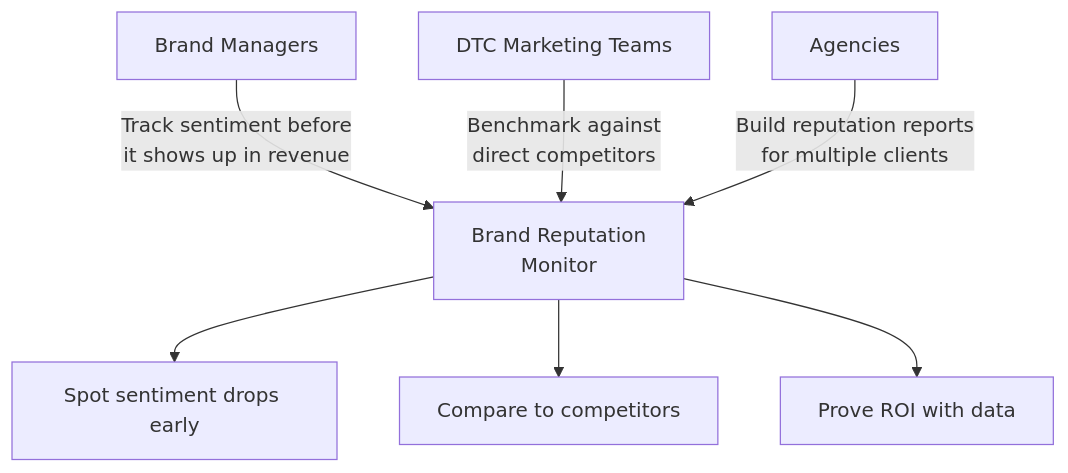
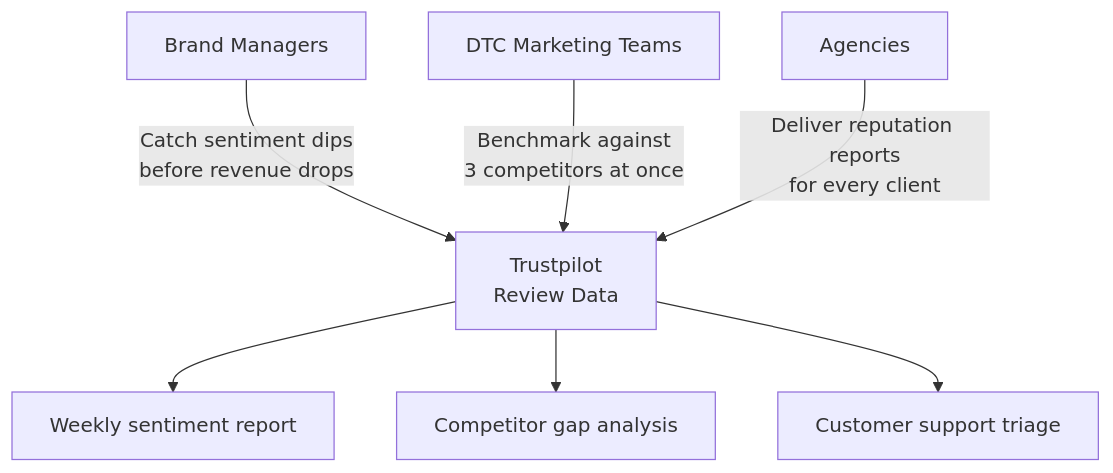
The first of 6 diagrams in actors/trustpilot-brand-reputation/README.md (Ken-Mutisya/scrapemint), drawn with Mermaid before and after one commit. The commit also changed other lines of this file, not shown here.

First line of the commit message:
Rewrite Trustpilot README for SEO with use case diagrams

````diff
--- a/actors/trustpilot-brand-reputation/README.md
+++ b/actors/trustpilot-brand-reputation/README.md
@@ -11,9 +11,9 @@
 ```mermaid
 flowchart TD
-    A[Brand Managers] -->|Track sentiment before<br/>it shows up in revenue| D[Brand Reputation<br/>Monitor]
-    B[DTC Marketing Teams] -->|Benchmark against<br/>direct competitors| D
-    C[Agencies] -->|Build reputation reports<br/>for multiple clients| D
-    D --> E[Spot sentiment drops early]
-    D --> F[Compare to competitors]
-    D --> G[Prove ROI with data]
+    A[Brand Managers] -->|Catch sentiment dips<br/>before revenue drops| D[Trustpilot<br/>Review Data]
+    B[DTC Marketing Teams] -->|Benchmark against<br/>3 competitors at once| D
+    C[Agencies] -->|Deliver reputation reports<br/>for every client| D
+    D --> E[Weekly sentiment report]
+    D --> F[Competitor gap analysis]
+    D --> G[Customer support triage]
 ```
````
